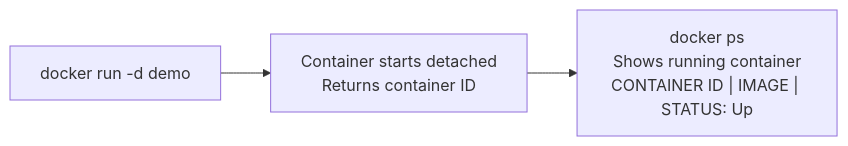
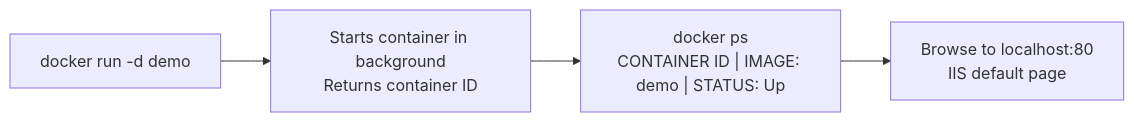
One commit to ajeetchouksey/ajch_platform changed the eighth of 9 diagrams in public/content/blog/posts/docker-3.md. Above: the diagram before and after it, drawn with Mermaid. The commit also changed other lines of this file and 3 other files, not shown here.

Commit message:
/blog/container /blog/docker-1 /blog/newit /blog/container#container-vs-vm

````diff
--- a/public/content/blog/posts/docker-3.md
+++ b/public/content/blog/posts/docker-3.md
@@ -196,5 +195,6 @@
 ```mermaid
 flowchart LR
-  CMD["docker run -d demo"] --> C1["Container starts detached\nReturns container ID"]
-  C1 --> PS["docker ps\nShows running container\nCONTAINER ID | IMAGE | STATUS: Up"]
+  RUN["docker run -d demo"] --> DETACH["Starts container in background\nReturns container ID"]
+  DETACH --> PS["docker ps\nCONTAINER ID | IMAGE: demo | STATUS: Up"]
+  PS --> BROWSE["Browse to localhost:80\nIIS default page"]
 ```
````
